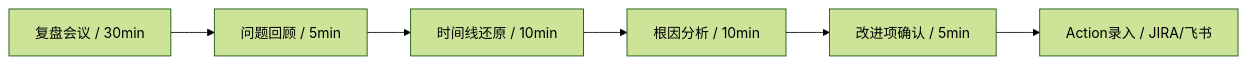
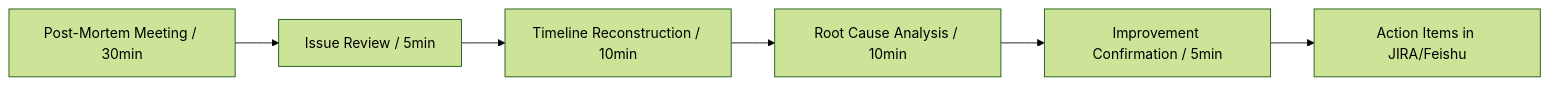
Before and after one commit to Kirky-X/cangjie: the eighth of 8 diagrams in templates/产品/交付层/【模板】发布计划文档.md, drawn with Mermaid (forest theme). The commit also changed other lines of this file and 46 other files, not shown here.

````diff
--- a/templates/产品/交付层/【模板】发布计划文档.md
+++ b/templates/产品/交付层/【模板】发布计划文档.md
@@ -626,8 +626,8 @@
 ```mermaid
 flowchart LR
-    A[复盘会议 / 30min] --> B[问题回顾 / 5min]
-    B --> C[时间线还原 / 10min]
-    C --> D[根因分析 / 10min]
-    D --> E[改进项确认 / 5min]
-    E --> F[Action录入 / JIRA/飞书]
+    A[Post-Mortem Meeting / 30min] --> B[Issue Review / 5min]
+    B --> C[Timeline Reconstruction / 10min]
+    C --> D[Root Cause Analysis / 10min]
+    D --> E[Improvement Confirmation / 5min]
+    E --> F[Action Items in JIRA/Feishu]
 ```
````
